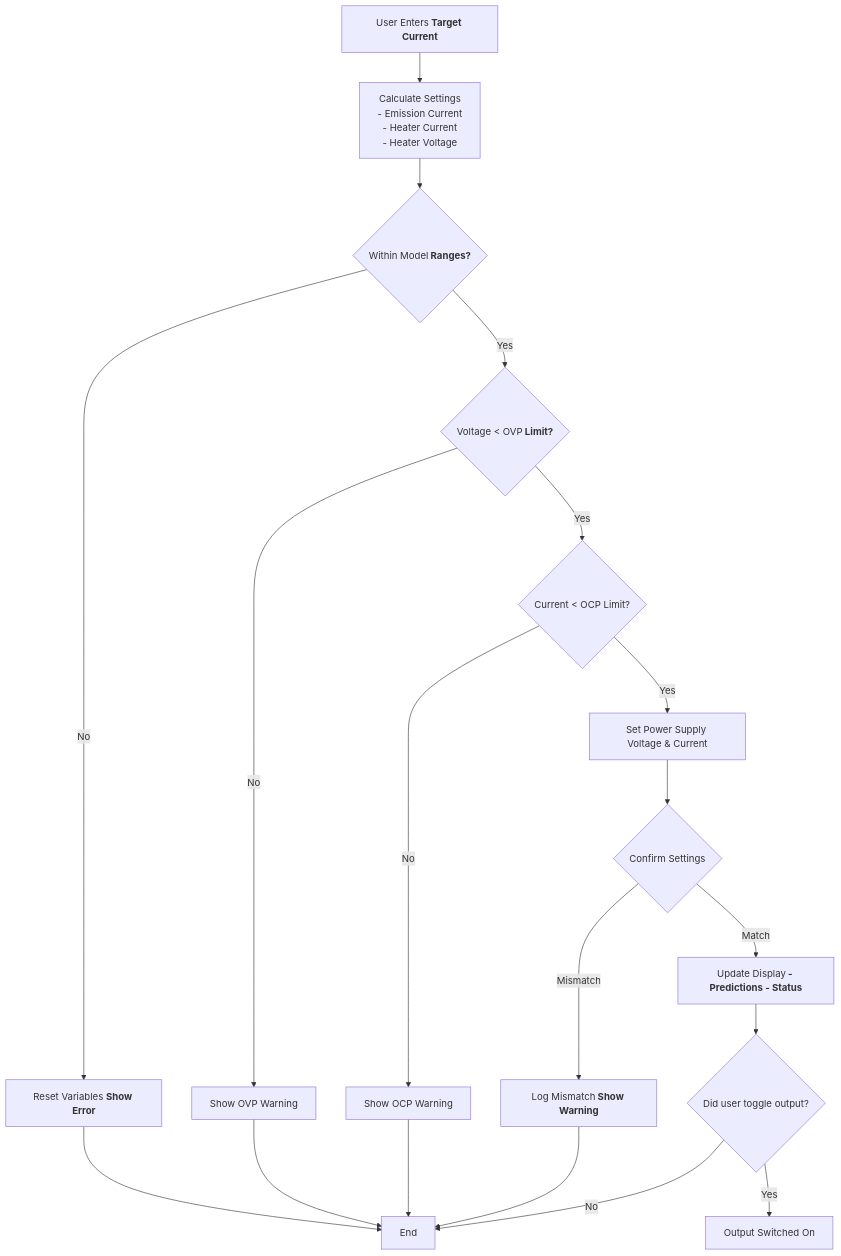
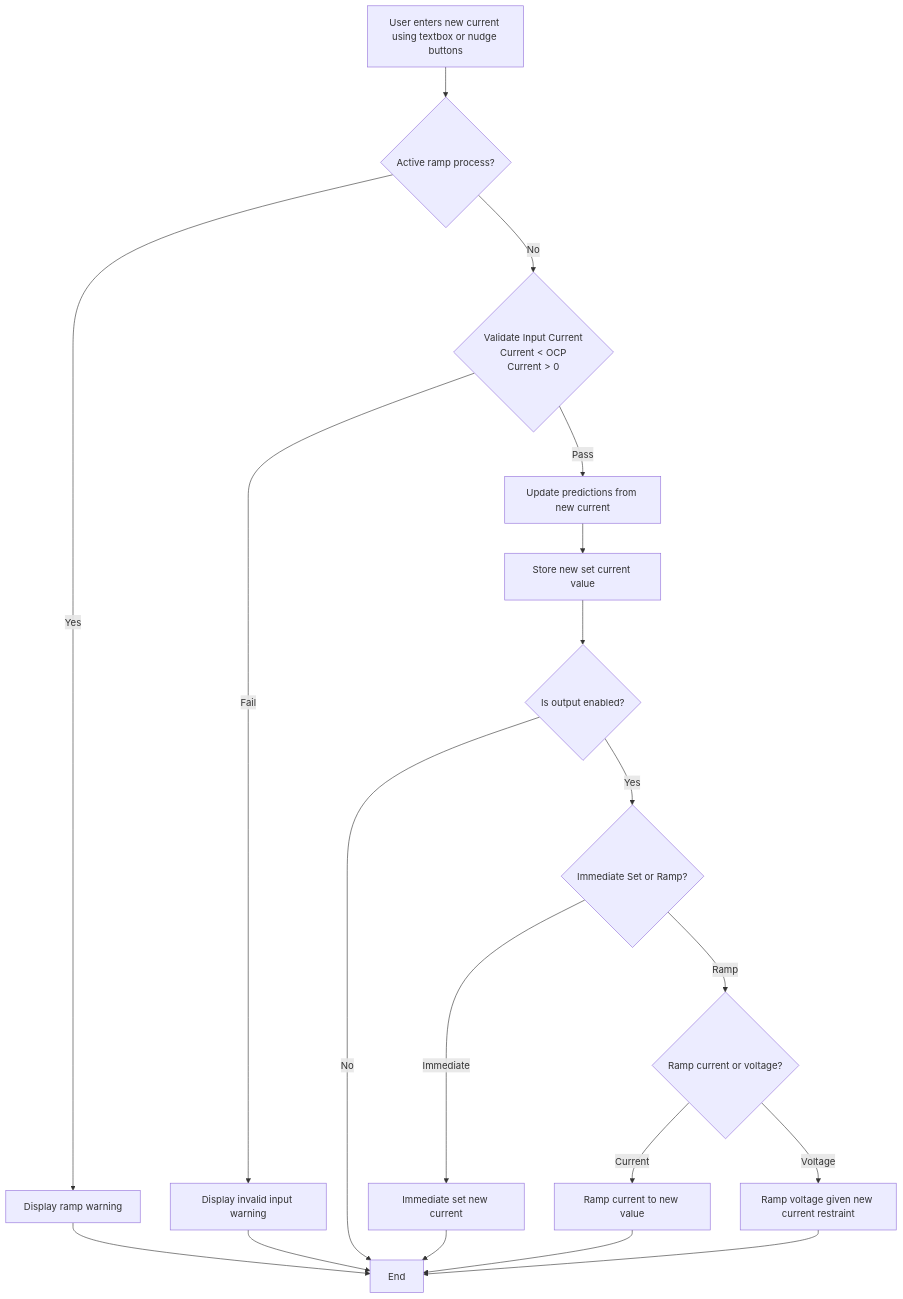
Before and after one commit to uw-loci/EBEAM_dashboard: the third of 4 diagrams in subsystem/cathode_heating/README.md, drawn with Mermaid. The commit also changed other lines of this file and 1 other file, not shown here.

Commit message:
Updated README for setting current via dashboard

````diff
--- a/subsystem/cathode_heating/README.md
+++ b/subsystem/cathode_heating/README.md
@@ -153,35 +153,34 @@
 ```mermaid
 flowchart TB
-    Input["User Enters<b> Target Current"] --> Calculate["Calculate Settings
-                                                        - Emission Current 
-                                                        - Heater Current
-                                                        - Heater Voltage"]
-    
-    Calculate --> ValidateRange{"Within Model<b> Ranges?"}
-    
-    ValidateRange -->|No| ResetVars["Reset Variables <b>Show Error"]
-    ValidateRange -->|Yes| CheckOVP{"Voltage < OVP<b> Limit?"}
-    
-    CheckOVP -->|No| OVPWarn["Show OVP Warning"]
-    CheckOVP -->|Yes| CheckOCP{"Current < OCP Limit?"}
+    Input["User enters new current using textbox or nudge buttons"] --> ActiveRamp{"Active ramp process?"}
 
-    CheckOCP -->|No| OCPWarn["Show OCP Warning"]
-    CheckOCP -->|Yes| SetPS["Set Power Supply Voltage & Current"]
-    
-    SetPS --> Confirm{"Confirm Settings"}
-    
-    Confirm -->|Mismatch| LogError["Log Mismatch<b> Show Warning"]
-    Confirm -->|Match| UpdateDisplay["Update Display<b> - Predictions<b> - Status"]
-    
+    ActiveRamp -->|No| ValidateCurrent{"Validate Input Current
+                                        Current < OCP
+                                        Current > 0"}
+    ActiveRamp -->|Yes| RampWarn["Display ramp warning"]
 
-    UpdateDisplay --> OutputToggled{"Did user toggle output?"}
+    RampWarn --> End
 
-    OutputToggled --> |No| End
-    OutputToggled --> |Yes| OutputOn["Output Switched On"]
-    
-    
-    ResetVars --> End
-    OVPWarn --> End
-    OCPWarn --> End
-    LogError --> End
+    ValidateCurrent -->|Fail| DispWarn["Display invalid input warning"]
+    ValidateCurrent -->|Pass| UpdatePredictions["Update predictions from new current"]
+
+    DispWarn --> End
+
+    UpdatePredictions --> StoreCurrent["Store new set current value"]
+
+    StoreCurrent --> UpdateOutput{"Is output enabled?"}
+
+    UpdateOutput -->|No| End
+    UpdateOutput -->|Yes| OutputMode{"Immediate Set or Ramp?"}
+
+    OutputMode -->|Immediate| SetOutput["Immediate set new current"]
+    OutputMode -->|Ramp| RampMode{"Ramp current or voltage?"}
+
+    SetOutput --> End
+
+    RampMode -->|Current| RampCurrent["Ramp current to new value"]
+    RampMode -->|Voltage| RampVoltage["Ramp voltage given new current restraint"]
+
+    RampCurrent --> End
+    RampVoltage --> End
 ```
````
